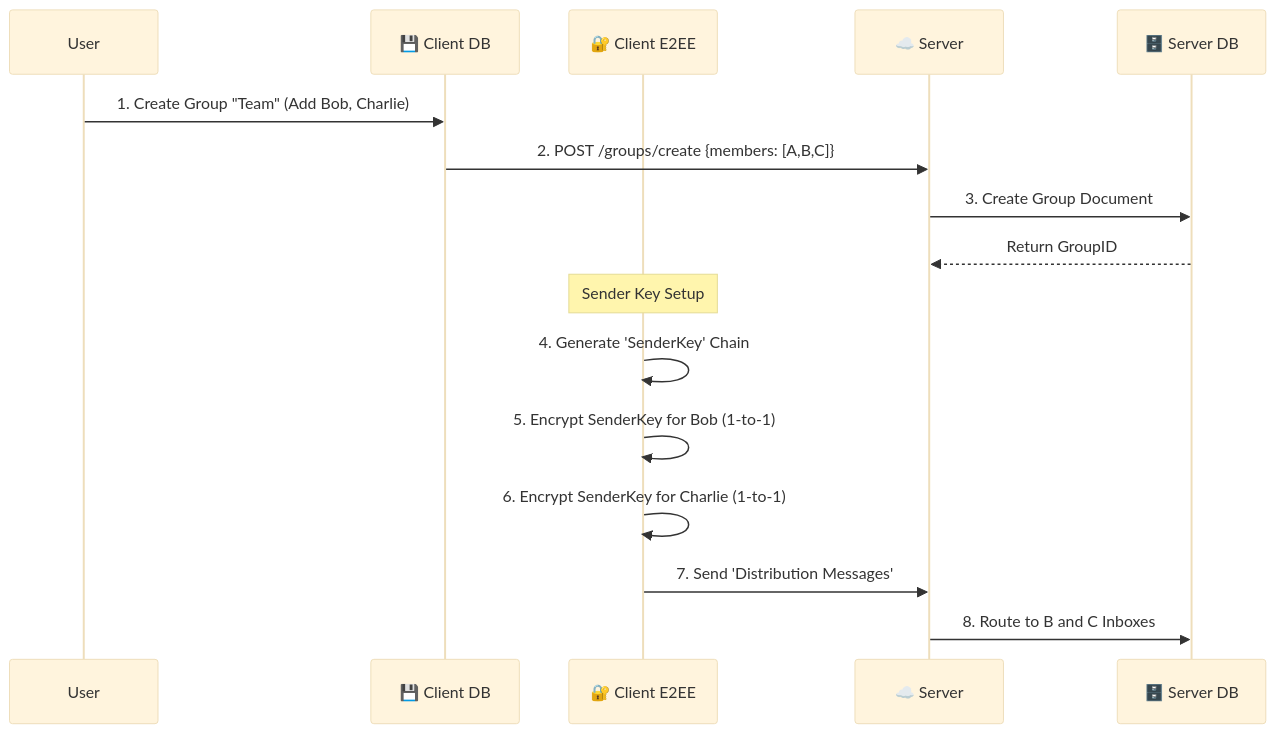
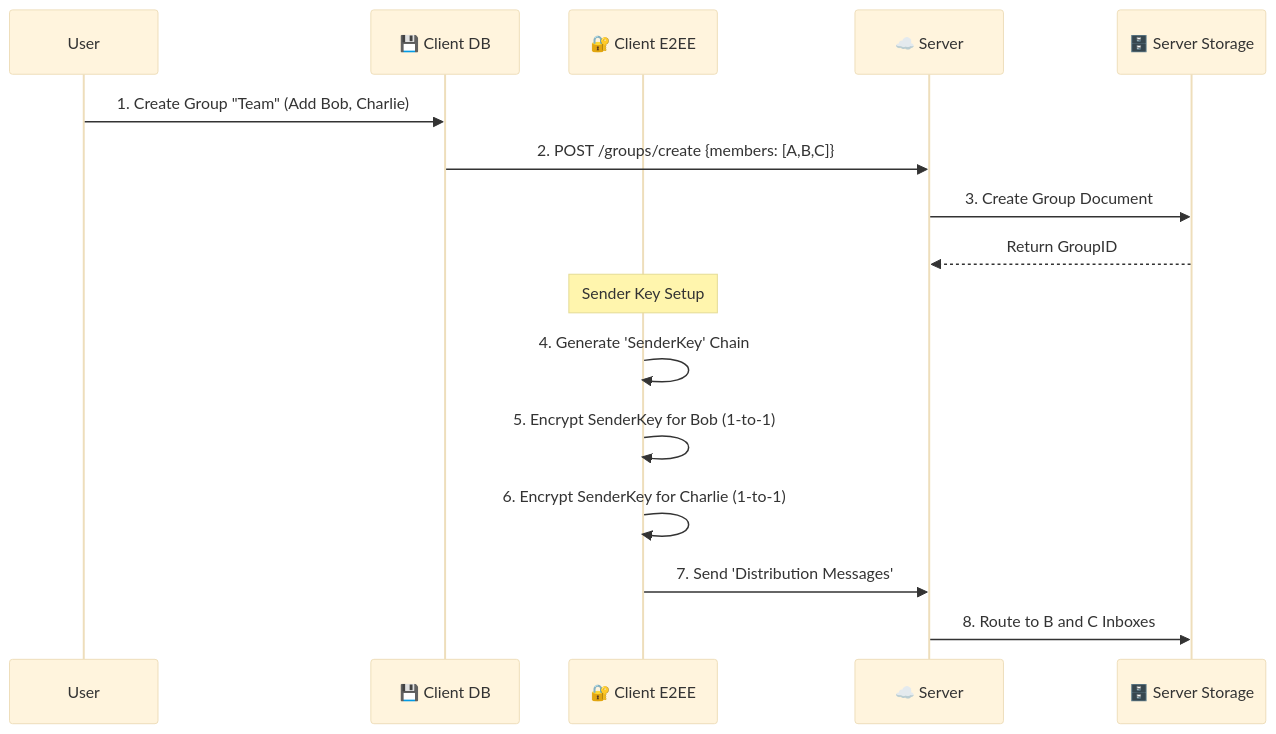
The ninth of 18 diagrams in use_case.md (sameerctinfotech/temp-share), drawn with Mermaid (base theme) before and after one commit. The commit also changed other lines of this file, not shown here.

````diff
--- a/use_case.md
+++ b/use_case.md
@@ -203,21 +203,21 @@
 ```mermaid
 sequenceDiagram
     participant User
     participant CDB as 💾 Client DB
     participant E2EE as 🔐 Client E2EE
     participant Server as ☁️ Server
-    participant SDB as 🗄️ Server DB
+    participant SS as 🗄️ Server Storage
 
     User->>CDB: 1. Create Group "Team" (Add Bob, Charlie)
     CDB->>Server: 2. POST /groups/create {members: [A,B,C]}
-    Server->>SDB: 3. Create Group Document
-    SDB-->>Server: Return GroupID
+    Server->>SS: 3. Create Group Document
+    SS-->>Server: Return GroupID
     
     Note over E2EE: Sender Key Setup
     E2EE->>E2EE: 4. Generate 'SenderKey' Chain
     E2EE->>E2EE: 5. Encrypt SenderKey for Bob (1-to-1)
     E2EE->>E2EE: 6. Encrypt SenderKey for Charlie (1-to-1)
     
     E2EE->>Server: 7. Send 'Distribution Messages'
-    Server->>SDB: 8. Route to B and C Inboxes
+    Server->>SS: 8. Route to B and C Inboxes
 ```
````
